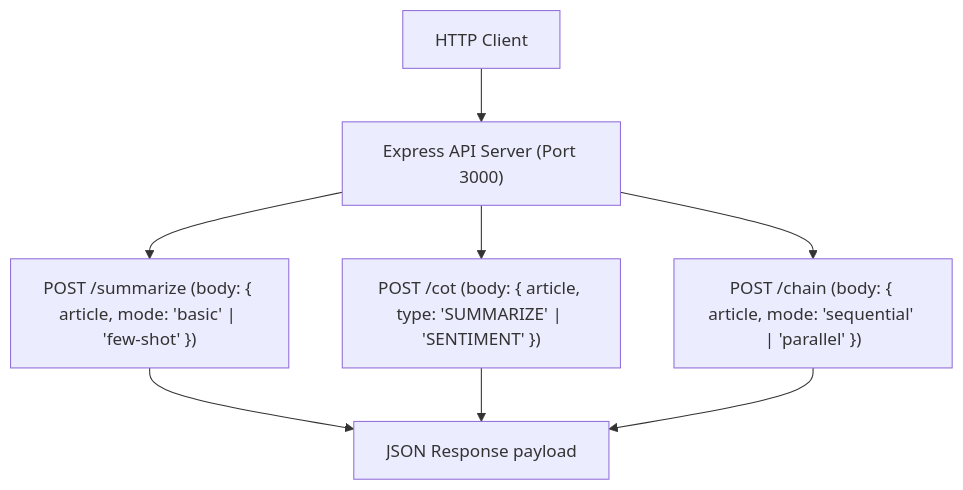
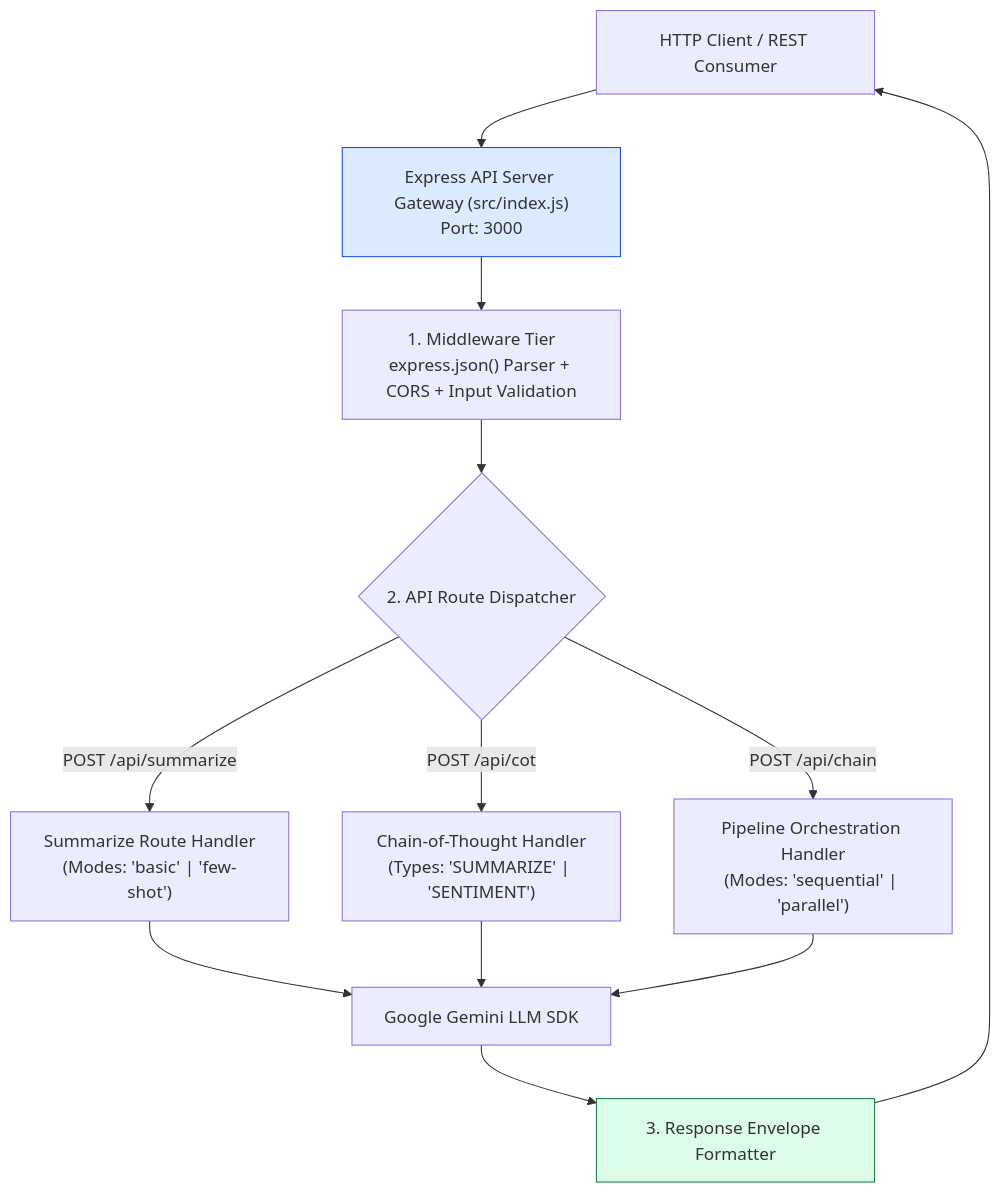
One commit to Amie-dev/engineering-playbook changed the first of 3 diagrams in agentic-ai-notes/01-chai-summarizer/09-summarizer-api-server.md. Above: the diagram before and after it, drawn with Mermaid. The commit also changed other lines of this file and 9 other files, not shown here.

First line of the commit message:
Refactor and enhance documentation for multi-chain orchestration, token counting, cost tracking, and API server architecture

````diff
--- a/agentic-ai-notes/01-chai-summarizer/09-summarizer-api-server.md
+++ b/agentic-ai-notes/01-chai-summarizer/09-summarizer-api-server.md
@@ -10,12 +13,25 @@
 ```mermaid
 flowchart TD
-    Client[HTTP Client] --> Server["Express API Server (Port 3000)"]
-    
-    Server --> R1["POST /summarize (body: { article, mode: 'basic' | 'few-shot' })"]
-    Server --> R2["POST /cot (body: { article, type: 'SUMMARIZE' | 'SENTIMENT' })"]
-    Server --> R3["POST /chain (body: { article, mode: 'sequential' | 'parallel' })"]
+    Client[HTTP Client / REST Consumer] --> ExpressServer["Express API Server Gateway (src/index.js)<br/>Port: 3000"]
 
-    R1 --> Response[JSON Response payload]
-    R2 --> Response
-    R3 --> Response
+    ExpressServer --> MiddlewareTier["1. Middleware Tier<br/>express.json() Parser + CORS + Input Validation"]
+
+    MiddlewareTier --> RouteDispatcher{2. API Route Dispatcher}
+
+    RouteDispatcher -- "POST /api/summarize" --> SummarizeHandler["Summarize Route Handler<br/>(Modes: 'basic' | 'few-shot')"]
+
+    RouteDispatcher -- "POST /api/cot" --> CoTHandler["Chain-of-Thought Handler<br/>(Types: 'SUMMARIZE' | 'SENTIMENT')"]
+
+    RouteDispatcher -- "POST /api/chain" --> ChainHandler["Pipeline Orchestration Handler<br/>(Modes: 'sequential' | 'parallel')"]
+
+    SummarizeHandler --> GeminiSDK["Google Gemini LLM SDK"]
+    CoTHandler --> GeminiSDK
+    ChainHandler --> GeminiSDK
+
+    GeminiSDK --> ResponseEnvelope["3. Response Envelope Formatter"]
+
+    ResponseEnvelope --> Client
+
+    style ExpressServer fill:#dbeafe,stroke:#1d4ed8
+    style ResponseEnvelope fill:#dcfce7,stroke:#15803d
 ```
````
